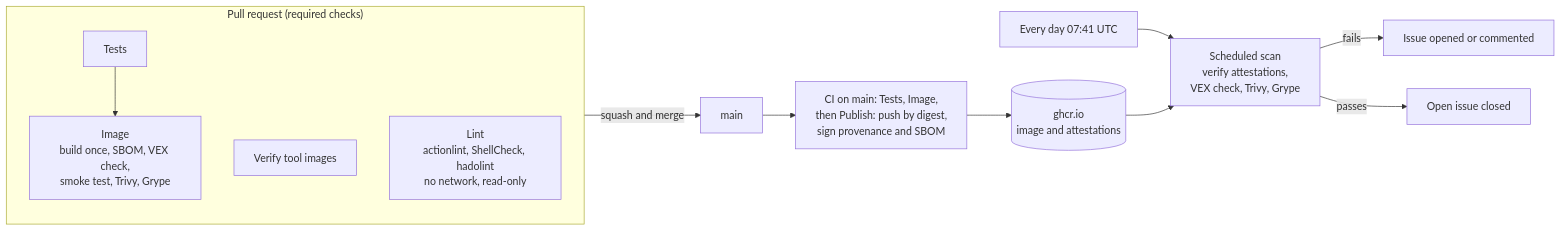
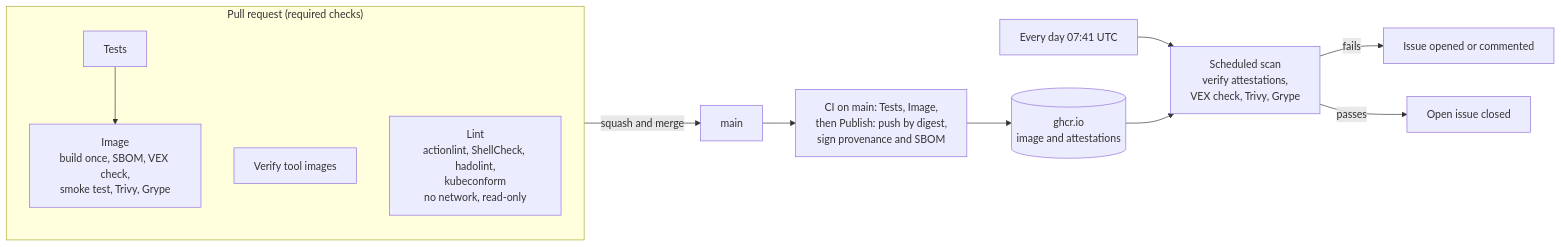
Before and after one commit to ian-k-rebelo/devops-pipeline-e2e: the diagram in docs/ci-security.md, drawn with Mermaid. The commit also changed other lines of this file and 24 other files, not shown here.

````diff
--- a/docs/ci-security.md
+++ b/docs/ci-security.md
@@ -9,15 +9,15 @@
 ```mermaid
 flowchart LR
   subgraph pr["Pull request (required checks)"]
     tests["Tests"] --> image["Image<br/>build once, SBOM, VEX check,<br/>smoke test, Trivy, Grype"]
     tools["Verify tool images"]
-    lint["Lint<br/>actionlint, ShellCheck, hadolint<br/>no network, read-only"]
+    lint["Lint<br/>actionlint, ShellCheck, hadolint,<br/>kubeconform<br/>no network, read-only"]
   end
   pr -->|squash and merge| main["main"]
   main --> publish["CI on main: Tests, Image,<br/>then Publish: push by digest,<br/>sign provenance and SBOM"]
   publish --> ghcr[("ghcr.io<br/>image and attestations")]
   cron["Every day 07:41 UTC"] --> scan["Scheduled scan<br/>verify attestations,<br/>VEX check, Trivy, Grype"]
   ghcr --> scan
   scan -->|fails| issue["Issue opened or commented"]
   scan -->|passes| closed["Open issue closed"]
 ```
````
